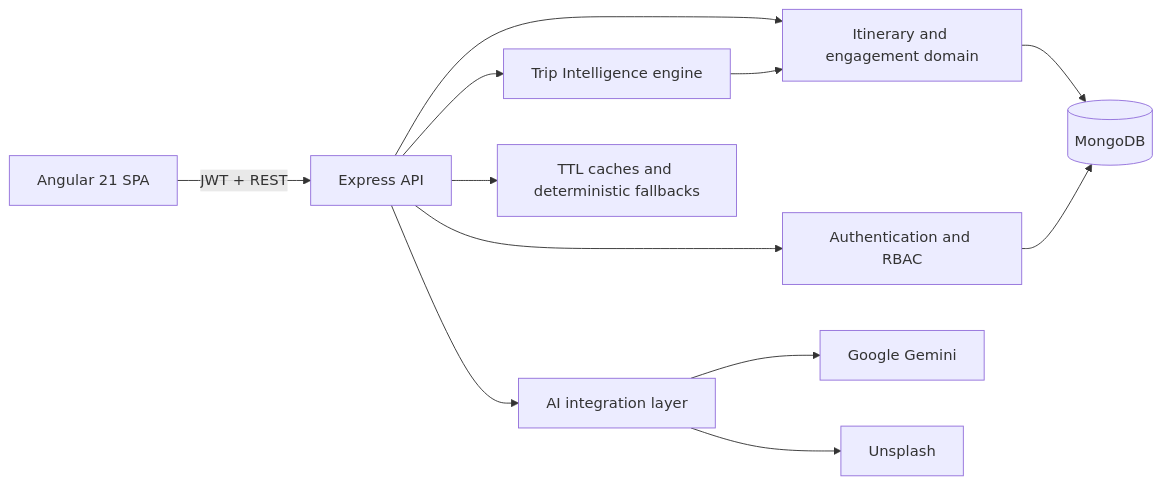
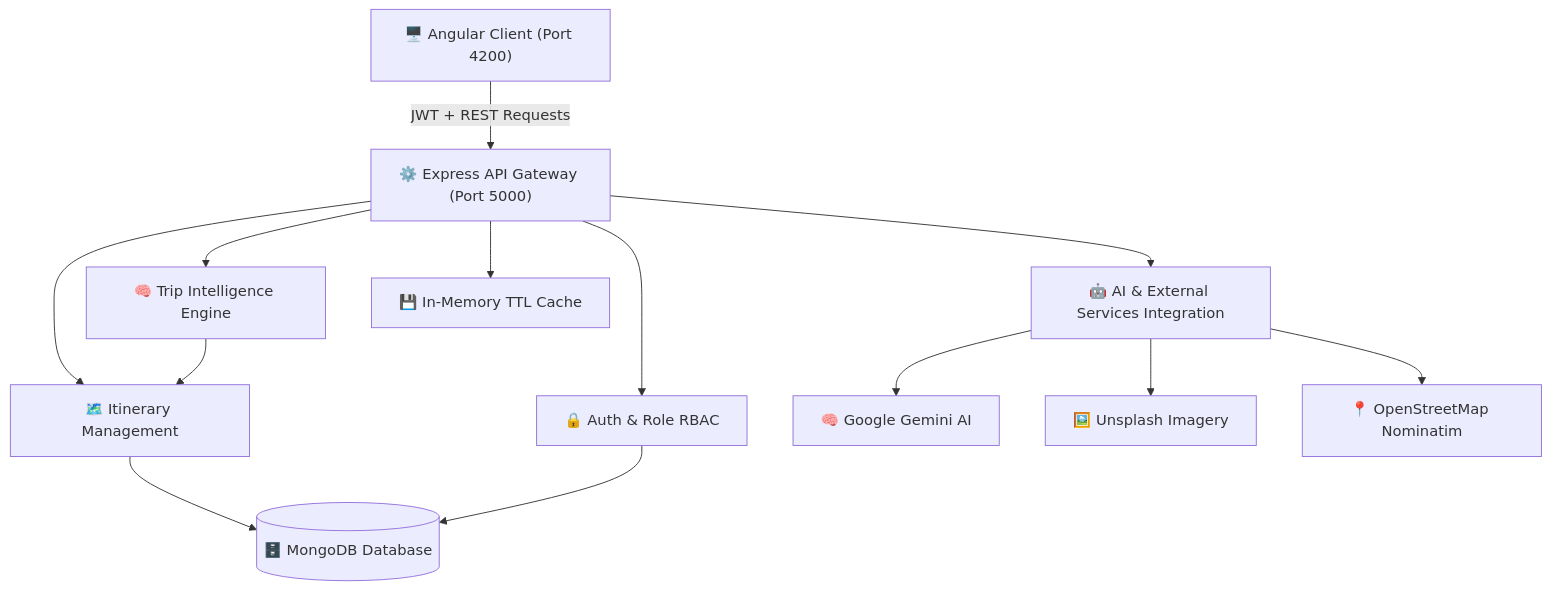
Before and after one commit to sharnjeet21/mean_mini: the diagram in README.md, drawn with Mermaid. The commit also changed other lines of this file, not shown here.

````diff
--- a/README.md
+++ b/README.md
@@ -20,14 +25,17 @@
 ```mermaid
-flowchart LR
-    U[Angular 21 SPA] -->|JWT + REST| E[Express API]
-    E --> A[Authentication and RBAC]
-    E --> I[Itinerary and engagement domain]
-    E --> T[Trip Intelligence engine]
-    E --> X[AI integration layer]
-    I --> M[(MongoDB)]
+flowchart TD
+    U["🖥️ Angular Client (Port 4200)"] -->|JWT + REST Requests| E["⚙️ Express API Gateway (Port 5000)"]
+    E --> A["🔒 Auth & Role RBAC"]
+    E --> I["🗺️ Itinerary Management"]
+    E --> T["🧠 Trip Intelligence Engine"]
+    E --> X["🤖 AI & External Services Integration"]
+    
+    I --> M[("🗄️ MongoDB Database")]
     A --> M
     T --> I
-    X --> G[Google Gemini]
-    X --> P[Unsplash]
-    E --> C[TTL caches and deterministic fallbacks]
+    
+    X --> G["🧠 Google Gemini AI"]
+    X --> P["🖼️ Unsplash Imagery"]
+    X --> O["📍 OpenStreetMap Nominatim"]
+    E --> C["💾 In-Memory TTL Cache"]
 ```
````
